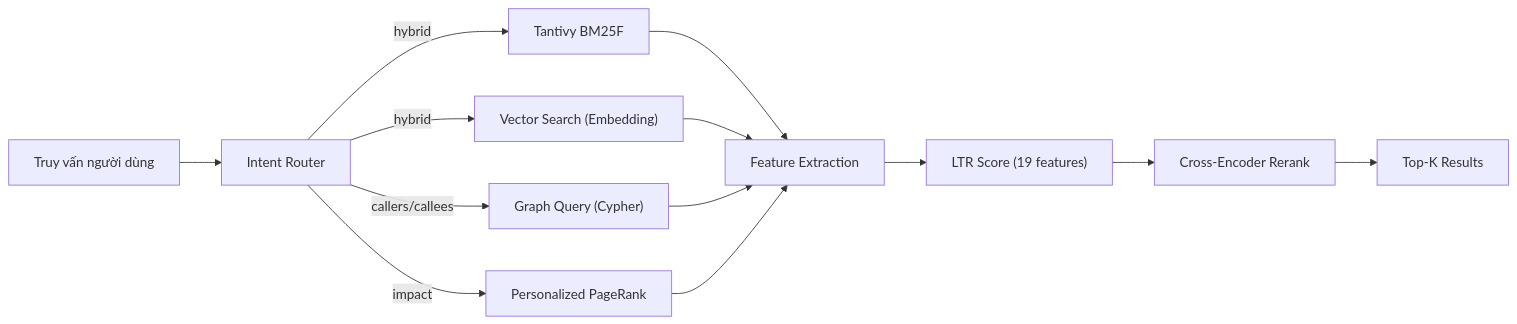
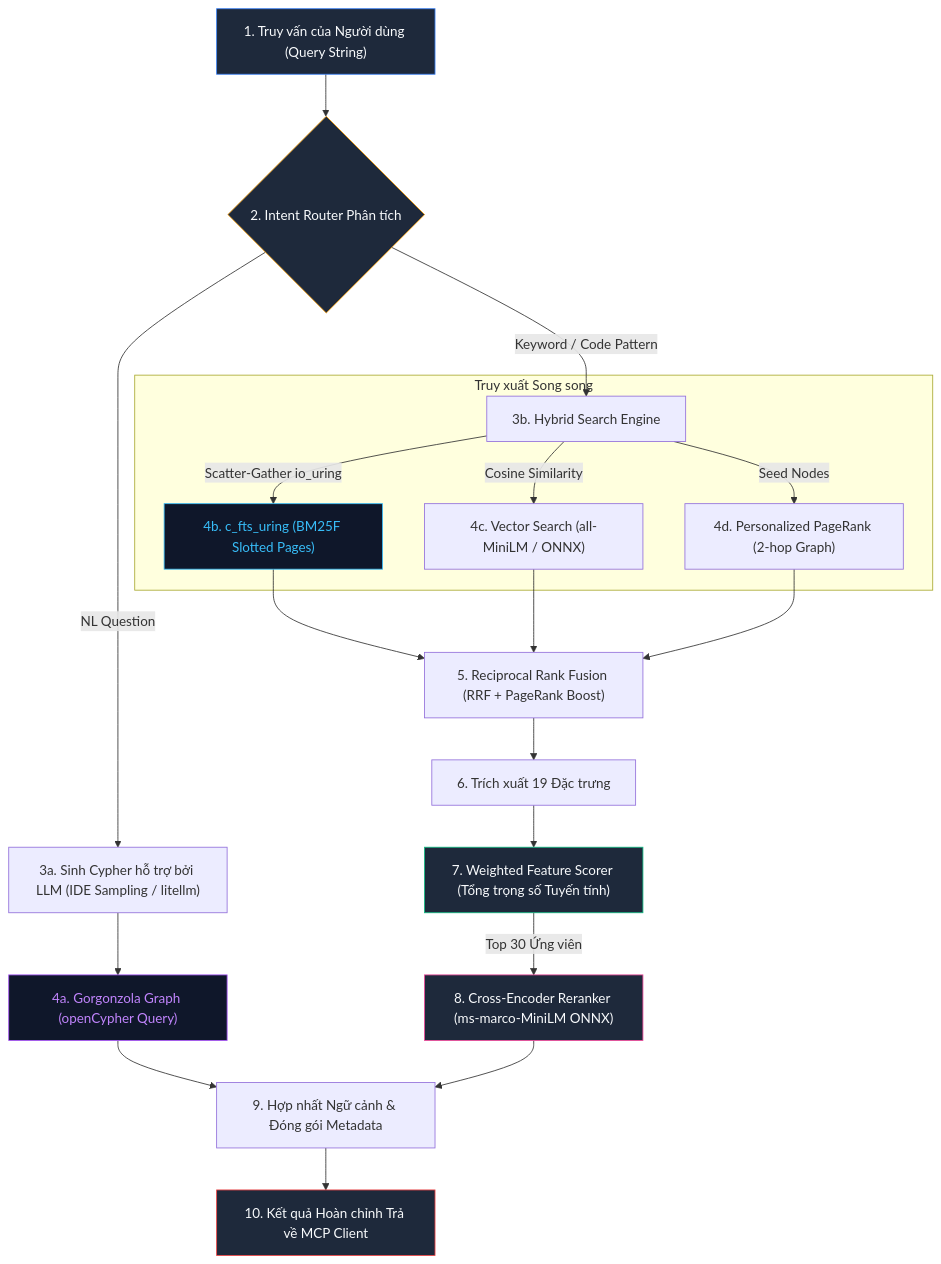
Before and after one commit to pecorino-mcp/pecorino: the fifth of 5 diagrams in docs/pecorino_architecture_vi.md, drawn with Mermaid. The commit also changed other lines of this file and 8 other files, not shown here.

First line of the commit message:
docs: update architecture specs and documentation for c_fts_uring, SQLite, and 8-tool MCP surface

````diff
--- a/docs/pecorino_architecture_vi.md
+++ b/docs/pecorino_architecture_vi.md
@@ -375,17 +730,36 @@
 ```mermaid
-graph LR
-    Q["Truy vấn người dùng"] --> IR["Intent Router"]
-    IR -->|hybrid| TS["Tantivy BM25F"]
-    IR -->|hybrid| VS["Vector Search (Embedding)"]
-    IR -->|callers/callees| GQ["Graph Query (Cypher)"]
-    IR -->|impact| PPR["Personalized PageRank"]
+flowchart TD
+    Q["1. Truy vấn của Người dùng (Query String)"] --> IR{"2. Intent Router Phân tích"}
     
-    TS --> FE["Feature Extraction"]
-    VS --> FE
-    GQ --> FE
-    PPR --> FE
+    IR -->|NL Question| NLC["3a. Sinh Cypher hỗ trợ bởi LLM (IDE Sampling / litellm)"]
+    NLC --> GQ["4a. Gorgonzola Graph (openCypher Query)"]
     
-    FE --> LTR["LTR Score (19 features)"]
-    LTR --> CE["Cross-Encoder Rerank"]
-    CE --> R["Top-K Results"]
+    IR -->|Keyword / Code Pattern| HYB["3b. Hybrid Search Engine"]
+    
+    subgraph Parallel_Retrieval["Truy xuất Song song"]
+        HYB -->|Scatter-Gather io_uring| FTS["4b. c_fts_uring (BM25F Slotted Pages)"]
+        HYB -->|Cosine Similarity| VEC["4c. Vector Search (all-MiniLM / ONNX)"]
+        HYB -->|Seed Nodes| PPR["4d. Personalized PageRank (2-hop Graph)"]
+    end
+    
+    FTS --> RRF["5. Reciprocal Rank Fusion (RRF + PageRank Boost)"]
+    VEC --> RRF
+    PPR --> RRF
+    
+    RRF --> FE["6. Trích xuất 19 Đặc trưng"]
+    FE --> LTR["7. Weighted Feature Scorer (Tổng trọng số Tuyến tính)"]
+    
+    LTR -->|Top 30 Ứng viên| CE["8. Cross-Encoder Reranker (ms-marco-MiniLM ONNX)"]
+    GQ --> MERGE["9. Hợp nhất Ngữ cảnh & Đóng gói Metadata"]
+    CE --> MERGE
+    
+    MERGE --> OUT["10. Kết quả Hoàn chỉnh Trả về MCP Client"]
+
+    style Q fill:#1e293b,stroke:#3b82f6,color:#f8fafc
+    style IR fill:#1e293b,stroke:#f59e0b,color:#f8fafc
+    style FTS fill:#0f172a,stroke:#38bdf8,color:#38bdf8
+    style GQ fill:#0f172a,stroke:#a855f7,color:#c084fc
+    style LTR fill:#1e293b,stroke:#10b981,color:#f8fafc
+    style CE fill:#1e293b,stroke:#ec4899,color:#f8fafc
+    style OUT fill:#1e293b,stroke:#ef4444,color:#f8fafc
 ```
````
